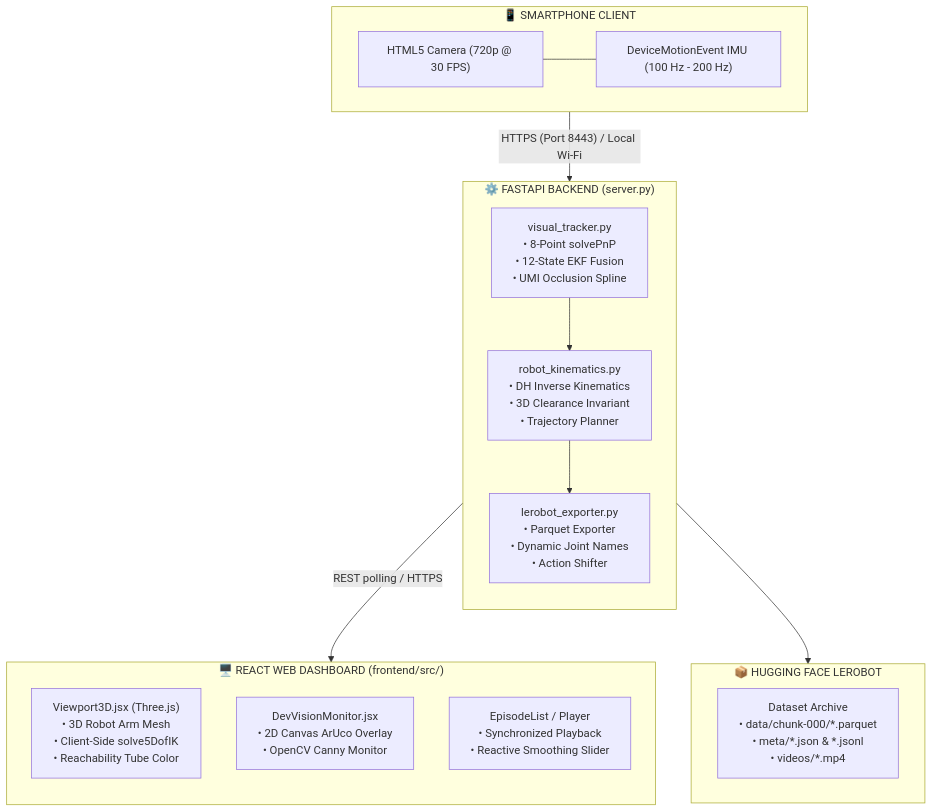
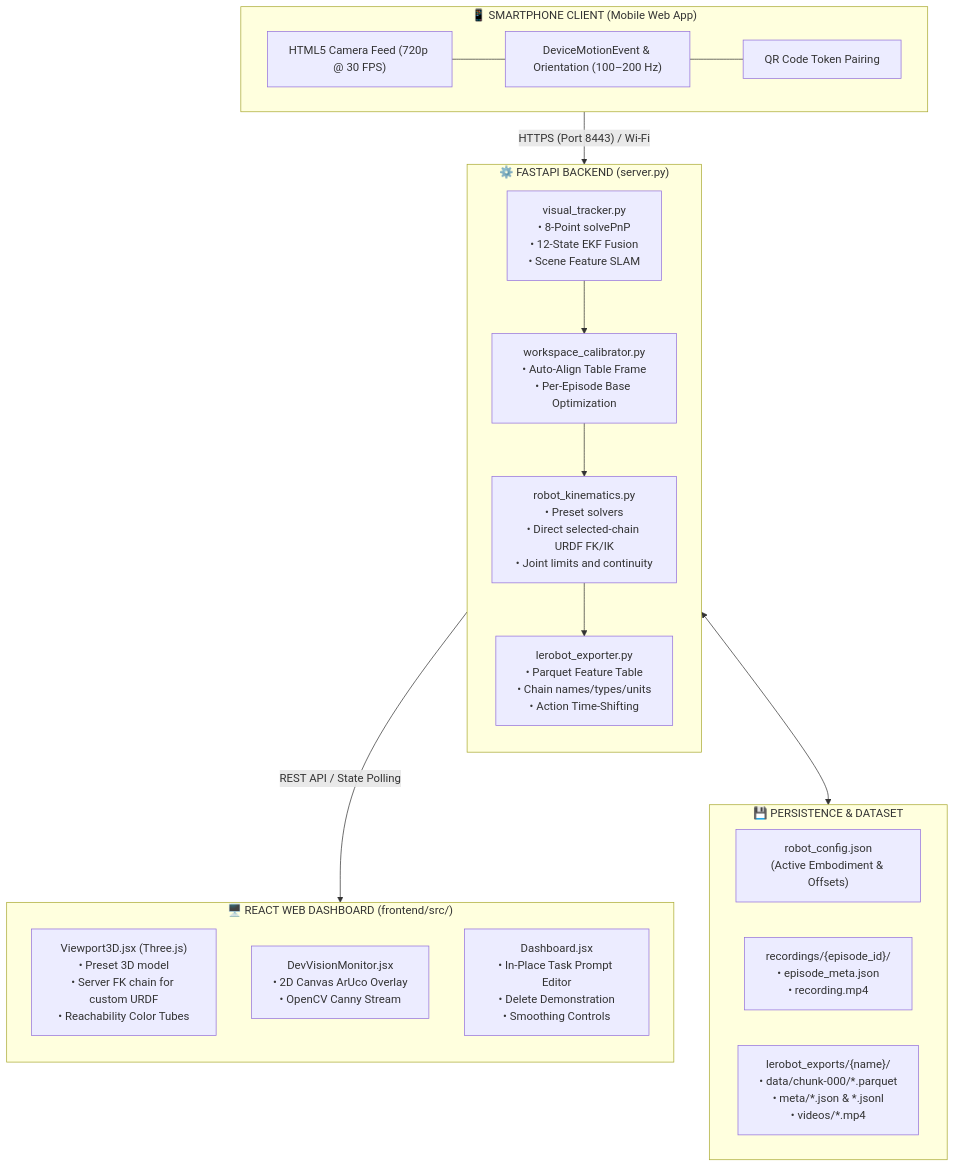
Before and after one commit to FalightSK/omni-kin: the second of 2 diagrams in CONTINUITY.md, drawn with Mermaid. The commit also changed other lines of this file and 21 other files, not shown here.

````diff
--- a/CONTINUITY.md
+++ b/CONTINUITY.md
@@ -31,31 +80,35 @@
 ```mermaid
 flowchart TD
-    subgraph Client["📱 SMARTPHONE CLIENT"]
-        Cam["HTML5 Camera (720p @ 30 FPS)"]
-        IMU["DeviceMotionEvent IMU (100 Hz - 200 Hz)"]
-        Cam --- IMU
+    subgraph Client["📱 SMARTPHONE CLIENT (Mobile Web App)"]
+        Cam["HTML5 Camera Feed (720p @ 30 FPS)"]
+        IMU["DeviceMotionEvent & Orientation (100–200 Hz)"]
+        QR["QR Code Token Pairing"]
+        Cam --- IMU --- QR
     end
 
     subgraph Backend["⚙️ FASTAPI BACKEND (server.py)"]
         direction TB
-        VT["visual_tracker.py<br/>• 8-Point solvePnP<br/>• 12-State EKF Fusion<br/>• UMI Occlusion Spline"]
-        RK["robot_kinematics.py<br/>• DH Inverse Kinematics<br/>• 3D Clearance Invariant<br/>• Trajectory Planner"]
-        LE["lerobot_exporter.py<br/>• Parquet Exporter<br/>• Dynamic Joint Names<br/>• Action Shifter"]
-        VT --> RK --> LE
+        VT["visual_tracker.py<br/>• 8-Point solvePnP<br/>• 12-State EKF Fusion<br/>• Scene Feature SLAM"]
+        RK["robot_kinematics.py<br/>• Preset solvers<br/>• Direct selected-chain URDF FK/IK<br/>• Joint limits and continuity"]
+        WC["workspace_calibrator.py<br/>• Auto-Align Table Frame<br/>• Per-Episode Base Optimization"]
+        LE["lerobot_exporter.py<br/>• Parquet Feature Table<br/>• Chain names/types/units<br/>• Action Time-Shifting"]
+        VT --> WC --> RK --> LE
     end
 
     subgraph Dashboard["🖥️ REACT WEB DASHBOARD (frontend/src/)"]
         direction TB
-        V3D["Viewport3D.jsx (Three.js)<br/>• 3D Robot Arm Mesh<br/>• Client-Side solve5DofIK<br/>• Reachability Tube Color"]
-        DVM["DevVisionMonitor.jsx<br/>• 2D Canvas ArUco Overlay<br/>• OpenCV Canny Monitor"]
-        Ctrl["EpisodeList / Player<br/>• Synchronized Playback<br/>• Reactive Smoothing Slider"]
+        V3D["Viewport3D.jsx (Three.js)<br/>• Preset 3D model<br/>• Server FK chain for custom URDF<br/>• Reachability Color Tubes"]
+        DVM["DevVisionMonitor.jsx<br/>• 2D Canvas ArUco Overlay<br/>• OpenCV Canny Stream"]
+        Ctrl["Dashboard.jsx<br/>• In-Place Task Prompt Editor<br/>• Delete Demonstration<br/>• Smoothing Controls"]
     end
 
-    subgraph Export["📦 HUGGING FACE LEROBOT"]
-        DS["Dataset Archive<br/>• data/chunk-000/*.parquet<br/>• meta/*.json & *.jsonl<br/>• videos/*.mp4"]
+    subgraph Storage["💾 PERSISTENCE & DATASET"]
+        Cfg["robot_config.json<br/>(Active Embodiment & Offsets)"]
+        Rec["recordings/{episode_id}/<br/>• episode_meta.json<br/>• recording.mp4"]
+        Exp["lerobot_exports/{name}/<br/>• data/chunk-000/*.parquet<br/>• meta/*.json & *.jsonl<br/>• videos/*.mp4"]
     end
 
-    Client -- "HTTPS (Port 8443) / Local Wi-Fi" --> Backend
-    Backend -- "REST polling / HTTPS" --> Dashboard
-    LE --> Export
+    Client -- "HTTPS (Port 8443) / Wi-Fi" --> Backend
+    Backend -- "REST API / State Polling" --> Dashboard
+    Backend <--> Storage
 ```
````
